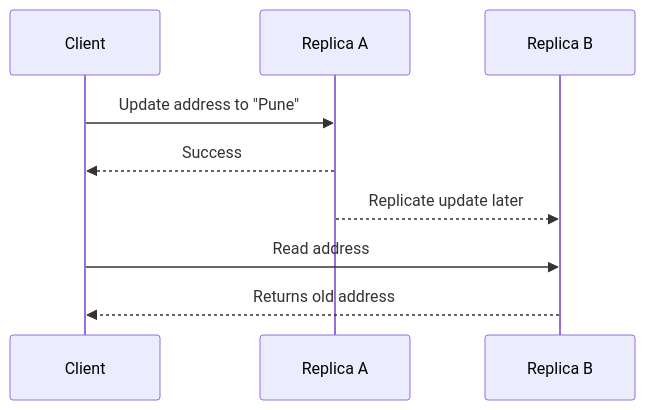
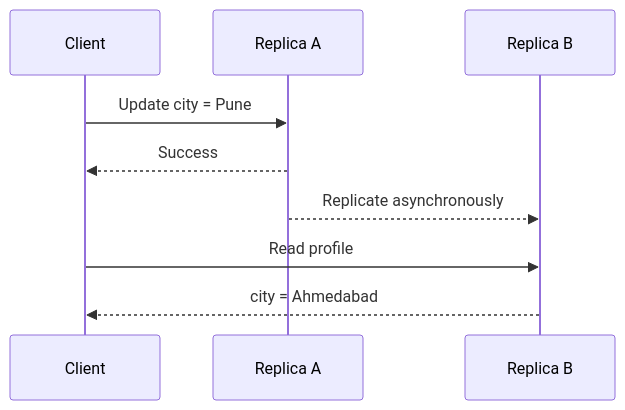
The second of 9 diagrams in src/content/system-design/consistency-cap-retries.md (AvadhBhalodiya/Interview-Preparation), drawn with Mermaid before and after one commit. The commit also changed other lines of this file and 54 other files, not shown here.

````diff
--- a/src/content/system-design/consistency-cap-retries.md
+++ b/src/content/system-design/consistency-cap-retries.md
@@ -65,12 +64,12 @@
 ```mermaid
 sequenceDiagram
     participant C as Client
     participant A as Replica A
     participant B as Replica B
 
-    C->>A: Update address to "Pune"
+    C->>A: Update city = Pune
     A-->>C: Success
-    A-->>B: Replicate update later
-    C->>B: Read address
-    B-->>C: Returns old address
+    A-->>B: Replicate asynchronously
+    C->>B: Read profile
+    B-->>C: city = Ahmedabad
 ```
````
